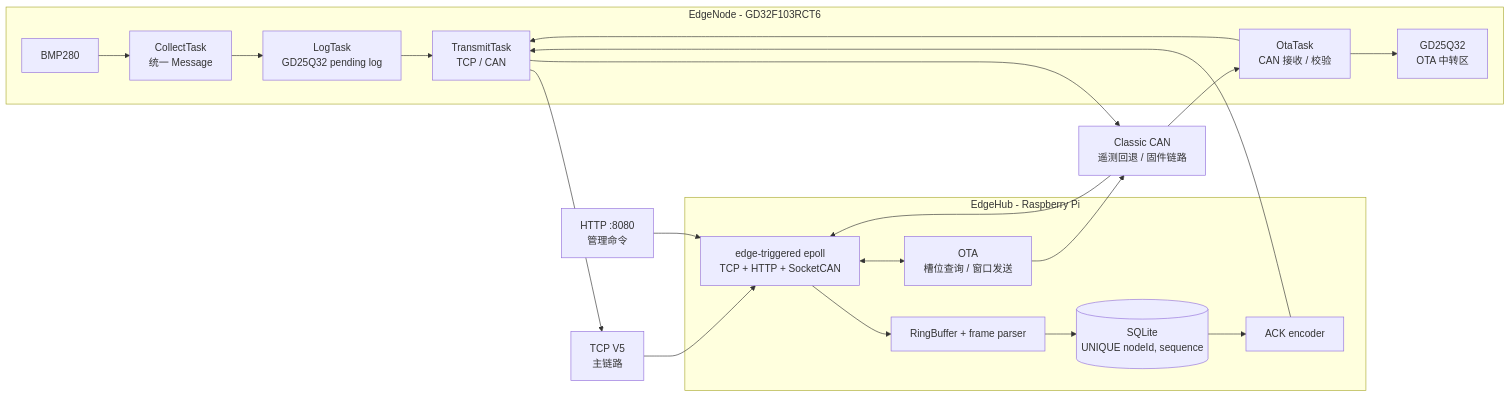
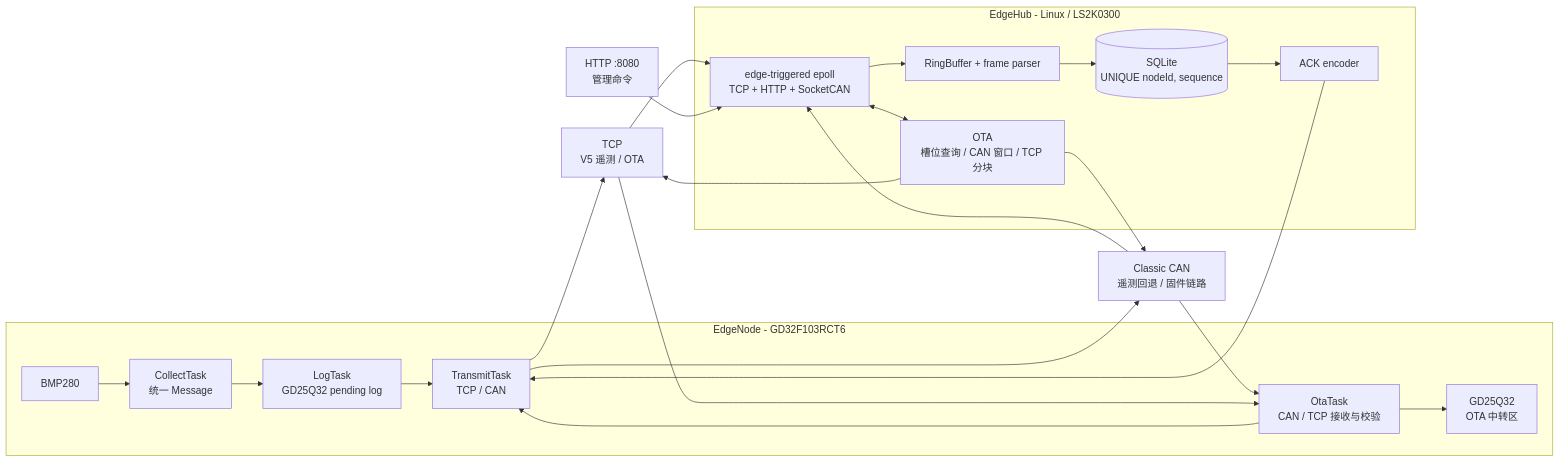
Before and after one commit to xccloop/EdgeLink: the first of 2 diagrams in README.md, drawn with Mermaid. The commit also changed other lines of this file and 1 other file, not shown here.

````diff
--- a/README.md
+++ b/README.md
@@ -116,36 +87,38 @@
 ```mermaid
 flowchart LR
     subgraph Node[EdgeNode - GD32F103RCT6]
         Sensor[BMP280]
         Collect[CollectTask\n统一 Message]
         Log[LogTask\nGD25Q32 pending log]
         Tx[TransmitTask\nTCP / CAN]
-        NodeOta[OtaTask\nCAN 接收 / 校验]
+        NodeOta[OtaTask\nCAN / TCP 接收与校验]
         Relay[GD25Q32\nOTA 中转区]
         Sensor --> Collect --> Log --> Tx
         NodeOta --> Relay
         NodeOta --> Tx
     end
 
-    Tcp[TCP V5\n主链路]
+    Tcp[TCP\nV5 遥测 / OTA]
     Can[Classic CAN\n遥测回退 / 固件链路]
     Tx --> Tcp
     Tx --> Can
 
-    subgraph Hub[EdgeHub - Raspberry Pi]
+    subgraph Hub[EdgeHub - Linux / LS2K0300]
         Epoll[edge-triggered epoll\nTCP + HTTP + SocketCAN]
         Parser[RingBuffer + frame parser]
         Db[(SQLite\nUNIQUE nodeId, sequence)]
         Ack[ACK encoder]
-        OtaHub[OTA\n槽位查询 / 窗口发送]
+        OtaHub[OTA\n槽位查询 / CAN 窗口 / TCP 分块]
         Epoll --> Parser --> Db --> Ack
         Epoll <--> OtaHub
     end
 
     Tcp --> Epoll
     Can --> Epoll
     Can --> NodeOta
+    Tcp --> NodeOta
     Http[HTTP :8080\n管理命令] --> Epoll
     OtaHub --> Can
+    OtaHub --> Tcp
     Ack --> Tx
 ```
````
